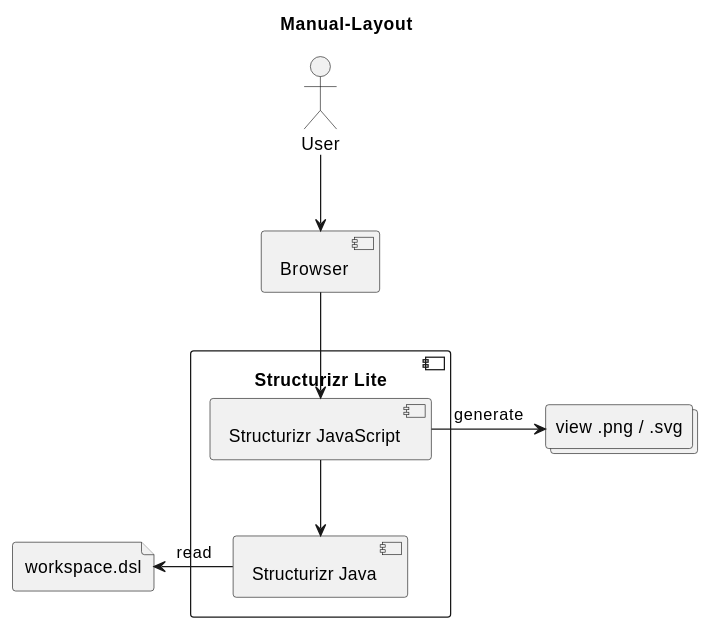
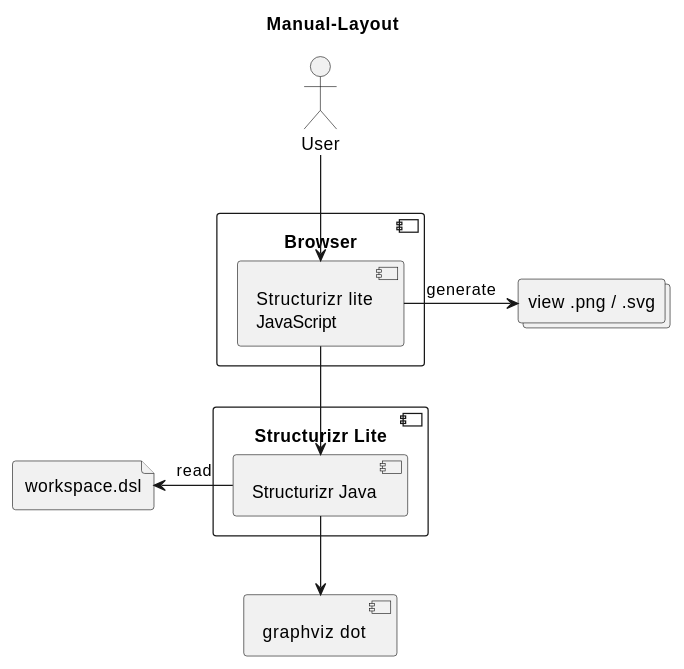
The second of 2 diagrams in src/docs/027_arc42/exportStructurizr.adoc (docToolchain/docToolchain), drawn with PlantUML before and after one commit.

Commit message:
fix diagrams

```diff
--- a/src/docs/027_arc42/exportStructurizr.adoc
+++ b/src/docs/027_arc42/exportStructurizr.adoc
@@ -87,16 +87,18 @@
 [plantuml,'manual-layout', png]
 ----
 title "Manual-Layout"
 File "workspace.dsl" as dsl
 collections "view .png / .svg" as out
 actor User
+component Browser {
+      component "Structurizr lite\nJavaScript" as sjs
+}
 component "Structurizr Lite" as sl {
-   component "Structurizr JavaScript" as sjs
    component "Structurizr Java" as s
 }
 sjs -down-> s
-User -down-> [Browser]
-[Browser] -down-> sjs
+User -down-> sjs
 dsl <- s : read
 sjs -right-> out : generate
+s -down-> [graphviz dot]
 ----
```
